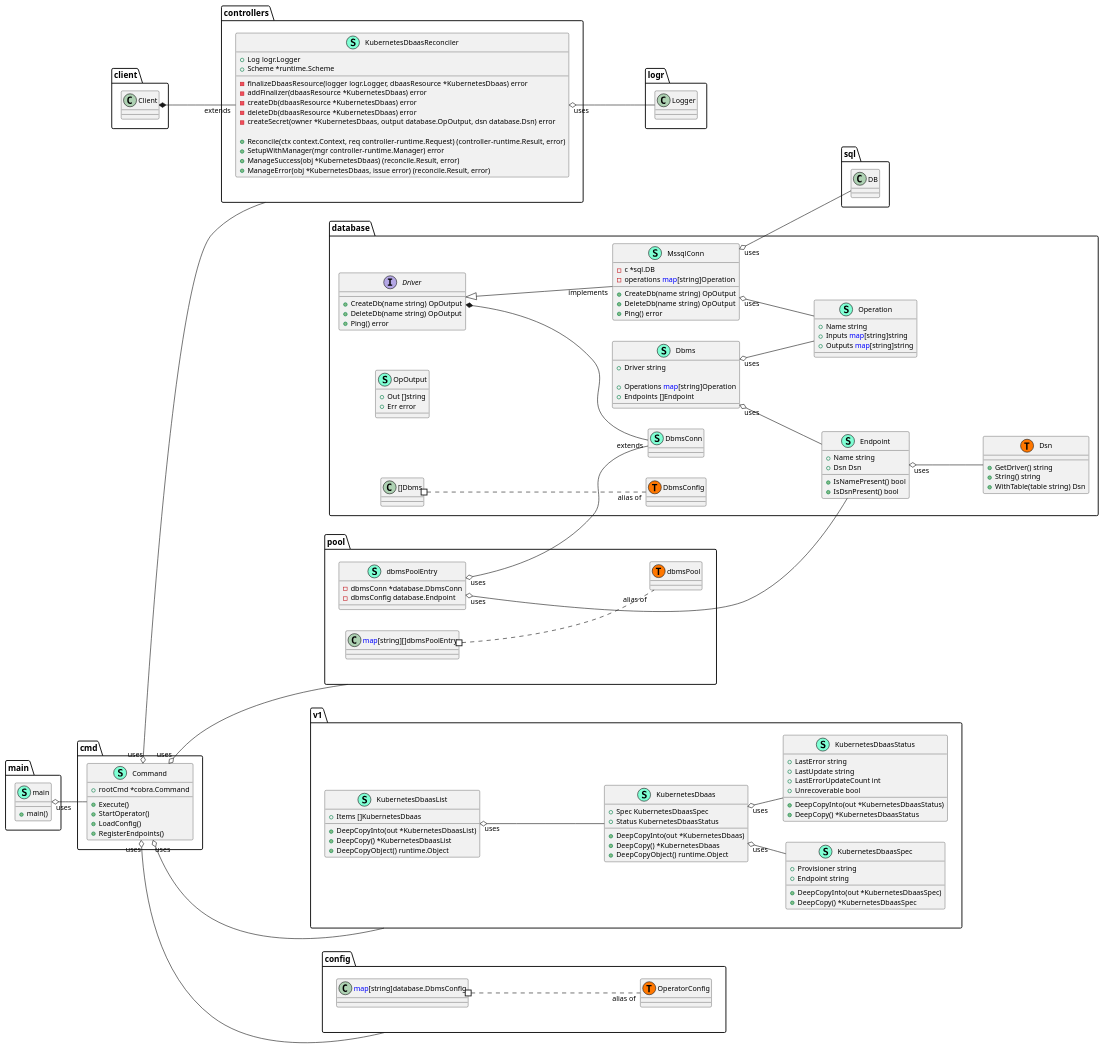
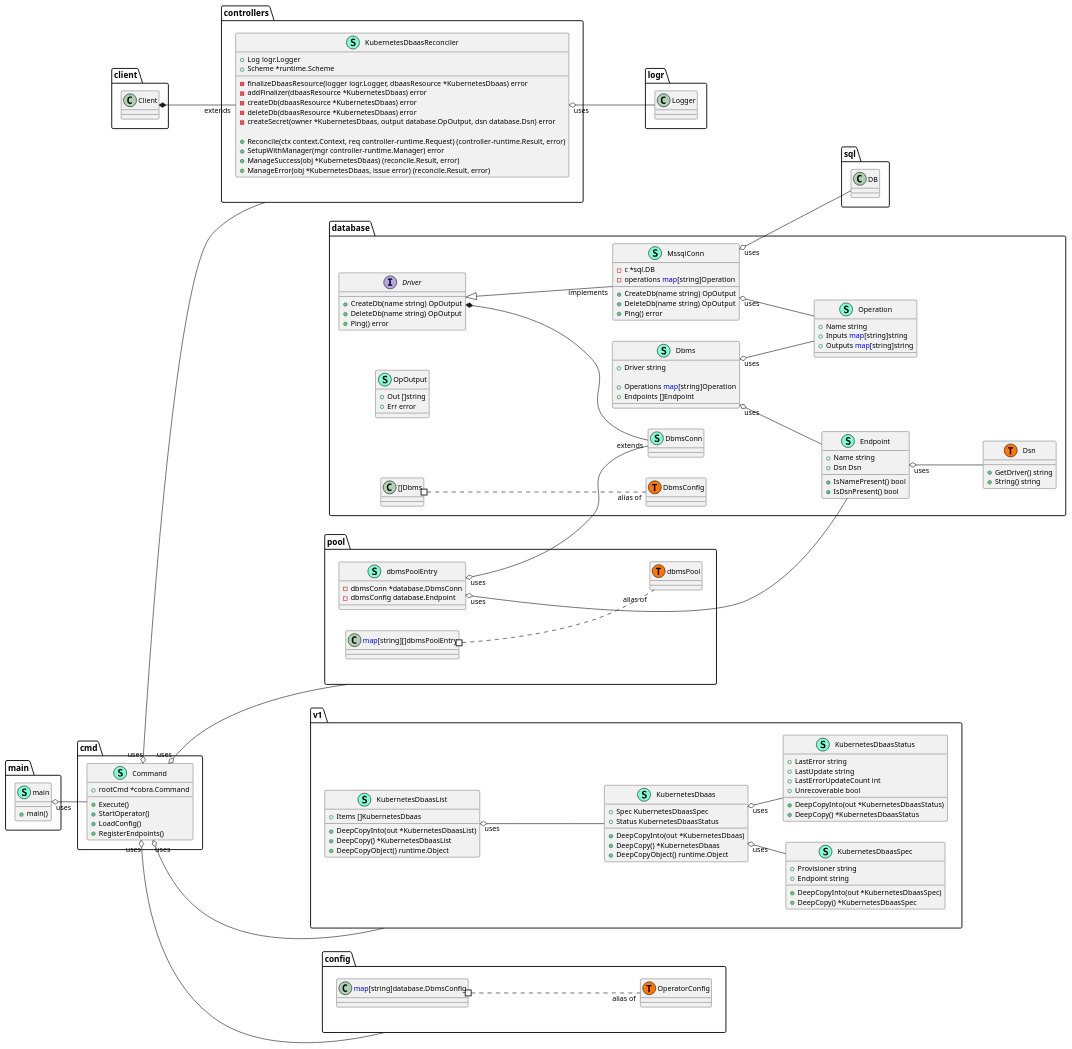
Before and after one commit to criscola/kubernetes-dbaas: the diagram in docs/resources/system_arch_diag.puml, drawn with PlantUML. The commit also changed 15 other files, not shown here.

```diff
--- a/docs/resources/system_arch_diag.puml
+++ b/docs/resources/system_arch_diag.puml
@@ -1,189 +1,188 @@
 @startuml
 skinparam linetype ortho
 left to right direction
 skinparam classArrowFontSize 12
 skinparam classAttributeFontSize  12
 skinparam linetype linear
 
 namespace config {
     class config.OperatorConfig << (T, #FF7700) >>  {
     }
     class "<font color=blue>map</font>[string]database.DbmsConfig" as fontcolorbluemapfontstringdatabaseDbmsConfig {
         'This class was created so that we can correctly have an alias pointing to this name. Since it contains dots that can break namespaces
     }
 }
 
 
 
 namespace controllers {
     class KubernetesDbaasReconciler << (S,Aquamarine) >> {
         + Log logr.Logger
         + Scheme *runtime.Scheme
 
         - finalizeDbaasResource(logger logr.Logger, dbaasResource *KubernetesDbaas) error
         - addFinalizer(dbaasResource *KubernetesDbaas) error
         - createDb(dbaasResource *KubernetesDbaas) error
         - deleteDb(dbaasResource *KubernetesDbaas) error
         - createSecret(owner *KubernetesDbaas, output database.OpOutput, dsn database.Dsn) error
 
         + Reconcile(ctx context.Context, req controller-runtime.Request) (controller-runtime.Result, error)
         + SetupWithManager(mgr controller-runtime.Manager) error
         + ManageSuccess(obj *KubernetesDbaas) (reconcile.Result, error)
         + ManageError(obj *KubernetesDbaas, issue error) (reconcile.Result, error)
 
     }
 }
 "client.Client" *-- "extends""controllers.KubernetesDbaasReconciler"
 
 
 "controllers.KubernetesDbaasReconciler""uses" o-- "logr.Logger"
 
 namespace database {
     class Dbms << (S,Aquamarine) >> {
         + Driver string
 
         + Operations <font color=blue>map</font>[string]Operation
         + Endpoints []Endpoint
 
     }
     class DbmsConn << (S,Aquamarine) >> {
     }
     interface Driver  {
         + CreateDb(name string) OpOutput
         + DeleteDb(name string) OpOutput
         + Ping() error
 
     }
     class Dsn << (S,Aquamarine) >> {
         + GetDriver() string
         + String() string
-        + WithTable(table string) Dsn
 
     }
     class Endpoint << (S,Aquamarine) >> {
         + Name string
         + Dsn Dsn
 
         + IsNamePresent() bool
         + IsDsnPresent() bool
 
     }
     class MssqlConn << (S,Aquamarine) >> {
         - c *sql.DB
         - operations <font color=blue>map</font>[string]Operation
 
         + CreateDb(name string) OpOutput
         + DeleteDb(name string) OpOutput
         + Ping() error
 
     }
     class OpOutput << (S,Aquamarine) >> {
         + Out []string
         + Err error
 
     }
     class Operation << (S,Aquamarine) >> {
         + Name string
         + Inputs <font color=blue>map</font>[string]string
         + Outputs <font color=blue>map</font>[string]string
 
     }
     class database.DbmsConfig << (T, #FF7700) >>  {
     }
     class database.Dsn << (T, #FF7700) >>  {
     }
 }
 "database.Driver" *-- "extends""database.DbmsConn"
 
 "database.Driver" <|-- "implements""database.MssqlConn"
 
 
 "database.Dbms""uses" o-- "database.Endpoint"
 "database.Dbms""uses" o-- "database.Operation"
 "database.Endpoint""uses" o-- "database.Dsn"
 "database.MssqlConn""uses" o-- "database.Operation"
 "database.MssqlConn""uses" o-- "sql.DB"
 
 namespace pool {
     class dbmsPoolEntry << (S,Aquamarine) >> {
         - dbmsConn *database.DbmsConn
         - dbmsConfig database.Endpoint
 
     }
     class pool.dbmsPool << (T, #FF7700) >>  {
     }
 }
 
 
 "pool.dbmsPoolEntry""uses" o-- "database.DbmsConn"
 "pool.dbmsPoolEntry""uses" o-- "database.Endpoint"
 
 namespace v1 {
     class KubernetesDbaas << (S,Aquamarine) >> {
         + Spec KubernetesDbaasSpec
         + Status KubernetesDbaasStatus
 
         + DeepCopyInto(out *KubernetesDbaas) 
         + DeepCopy() *KubernetesDbaas
         + DeepCopyObject() runtime.Object
 
     }
     class KubernetesDbaasList << (S,Aquamarine) >> {
         + Items []KubernetesDbaas
 
         + DeepCopyInto(out *KubernetesDbaasList) 
         + DeepCopy() *KubernetesDbaasList
         + DeepCopyObject() runtime.Object
 
     }
     class KubernetesDbaasSpec << (S,Aquamarine) >> {
         + Provisioner string
         + Endpoint string
 
         + DeepCopyInto(out *KubernetesDbaasSpec) 
         + DeepCopy() *KubernetesDbaasSpec
 
     }
     class KubernetesDbaasStatus << (S,Aquamarine) >> {
         + LastError string
         + LastUpdate string
         + LastErrorUpdateCount int
         + Unrecoverable bool
 
         + DeepCopyInto(out *KubernetesDbaasStatus) 
         + DeepCopy() *KubernetesDbaasStatus
 
     }
 }
 
 namespace cmd {
     class Command << (S,Aquamarine) >> {
         + rootCmd *cobra.Command
 
         + Execute()
         + StartOperator()
         + LoadConfig()
         + RegisterEndpoints()
     }
 }
 
 namespace main {
     class main << (S,Aquamarine) >> {
         + main()
     }
 }
 
 "main.main""uses" o-- "cmd.Command"
 "cmd.Command""uses" o-- "config"
 "cmd.Command""uses" o-- "pool"
 "cmd.Command""uses" o-- "controllers"
 "cmd.Command""uses" o-- "v1"
 
 "v1.KubernetesDbaas""uses" o-- "v1.KubernetesDbaasSpec"
 "v1.KubernetesDbaas""uses" o-- "v1.KubernetesDbaasStatus"
 "v1.KubernetesDbaasList""uses" o-- "v1.KubernetesDbaas"
 
 "config.fontcolorbluemapfontstringdatabaseDbmsConfig" #.. "alias of""config.OperatorConfig"
 "database.[]Dbms" #.. "alias of""database.DbmsConfig"
 "pool.<font color=blue>map</font>[string][]dbmsPoolEntry" #.. "alias of""pool.dbmsPool"
 @enduml
```
